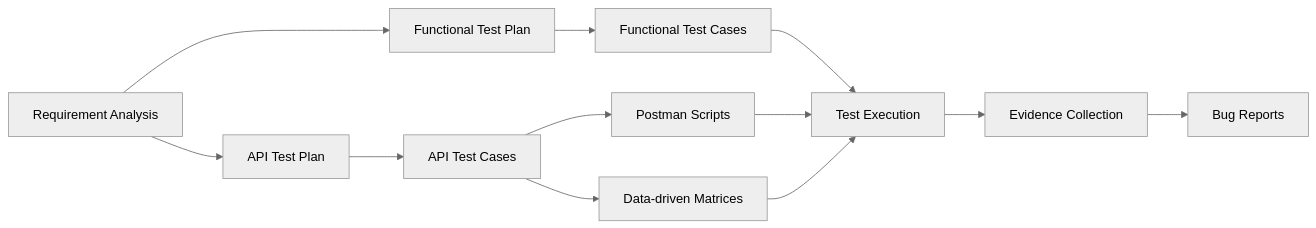
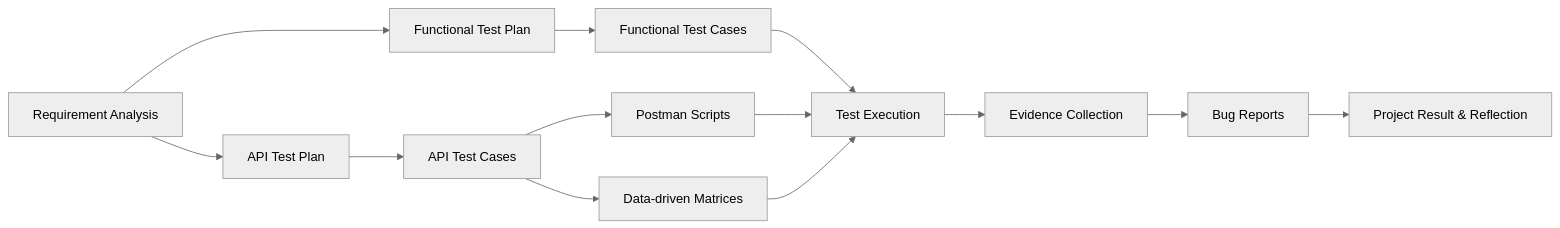
One commit to giakhuedz2005-tech/LLH-Data-API-testing-project changed the diagram in README.md. Above: the diagram before and after it, drawn with Mermaid (neutral theme). The commit also changed other lines of this file, not shown here.

Commit message:
docs: refresh README for updated project structure

````diff
--- a/README.md
+++ b/README.md
@@ -37,14 +53,15 @@
 ```mermaid
 flowchart LR
     A[Requirement Analysis] --> B[Functional Test Plan]
     A --> C[API Test Plan]
     B --> D[Functional Test Cases]
     C --> E[API Test Cases]
     E --> F[Postman Scripts]
     E --> G[Data-driven Matrices]
     D --> H[Test Execution]
     F --> H
     G --> H
     H --> I[Evidence Collection]
     I --> J[Bug Reports]
+    J --> K[Project Result & Reflection]
 ```
````
